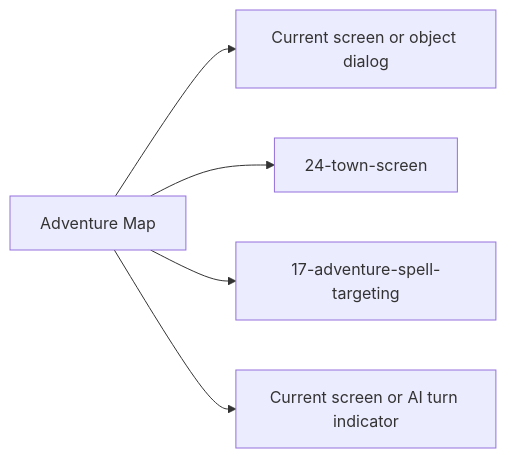
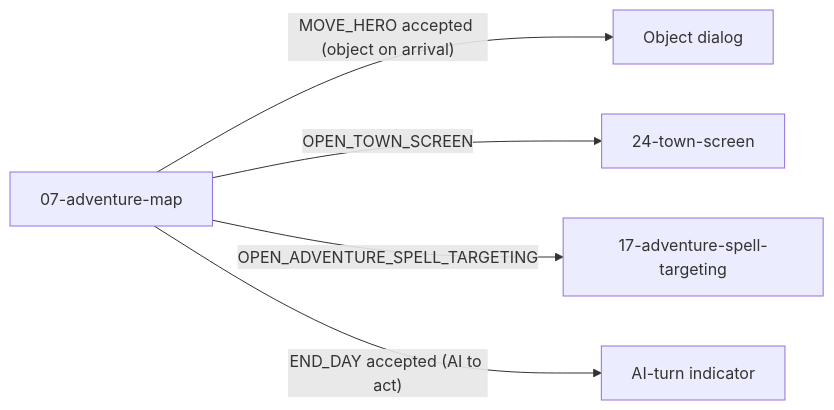
Before and after one commit to SunaNoOshiro/Heroes_Reforged_AI_Realms: the fifth of 5 diagrams in docs/architecture/wiki/screens/07-adventure-map/architecture.md, drawn with Mermaid. The commit also changed other lines of this file and 518 other files, not shown here.

First line of the commit message:
Add doc-audit skill and sweep architecture/screen docs

````diff
--- a/docs/architecture/wiki/screens/07-adventure-map/architecture.md
+++ b/docs/architecture/wiki/screens/07-adventure-map/architecture.md
@@ -82,8 +85,8 @@
 ```mermaid
 flowchart LR
-  Current["Adventure Map"]
-  Current --> T0["Current screen or object dialog"]
-  Current --> T1["24-town-screen"]
-  Current --> T2["17-adventure-spell-targeting"]
-  Current --> T3["Current screen or AI turn indicator"]
+  Current["07-adventure-map"]
+  Current -->|"MOVE_HERO accepted (object on arrival)"| T0["Object dialog"]
+  Current -->|"OPEN_TOWN_SCREEN"| T1["24-town-screen"]
+  Current -->|"OPEN_ADVENTURE_SPELL_TARGETING"| T2["17-adventure-spell-targeting"]
+  Current -->|"END_DAY accepted (AI to act)"| T3["AI-turn indicator"]
 ```
````
